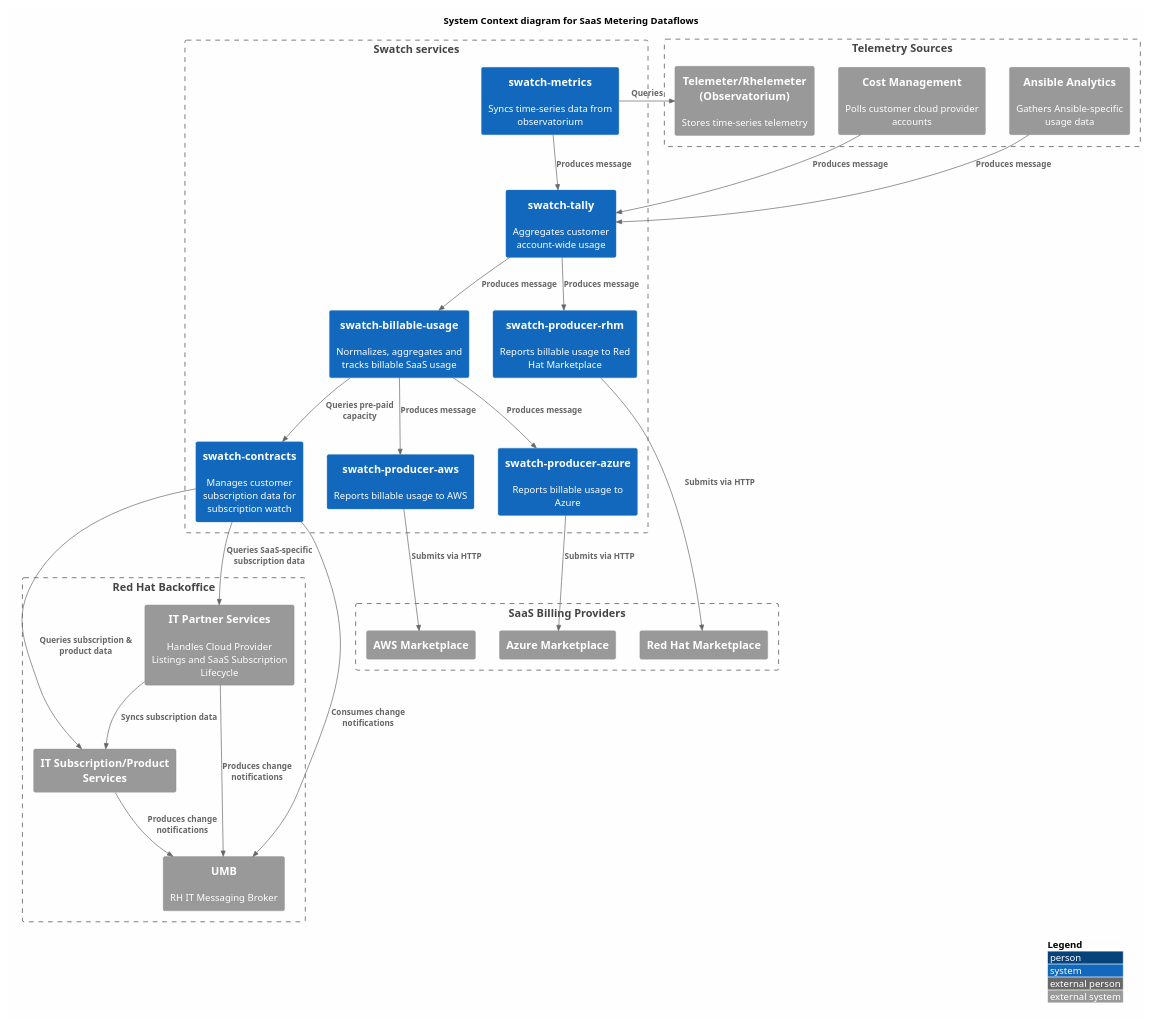
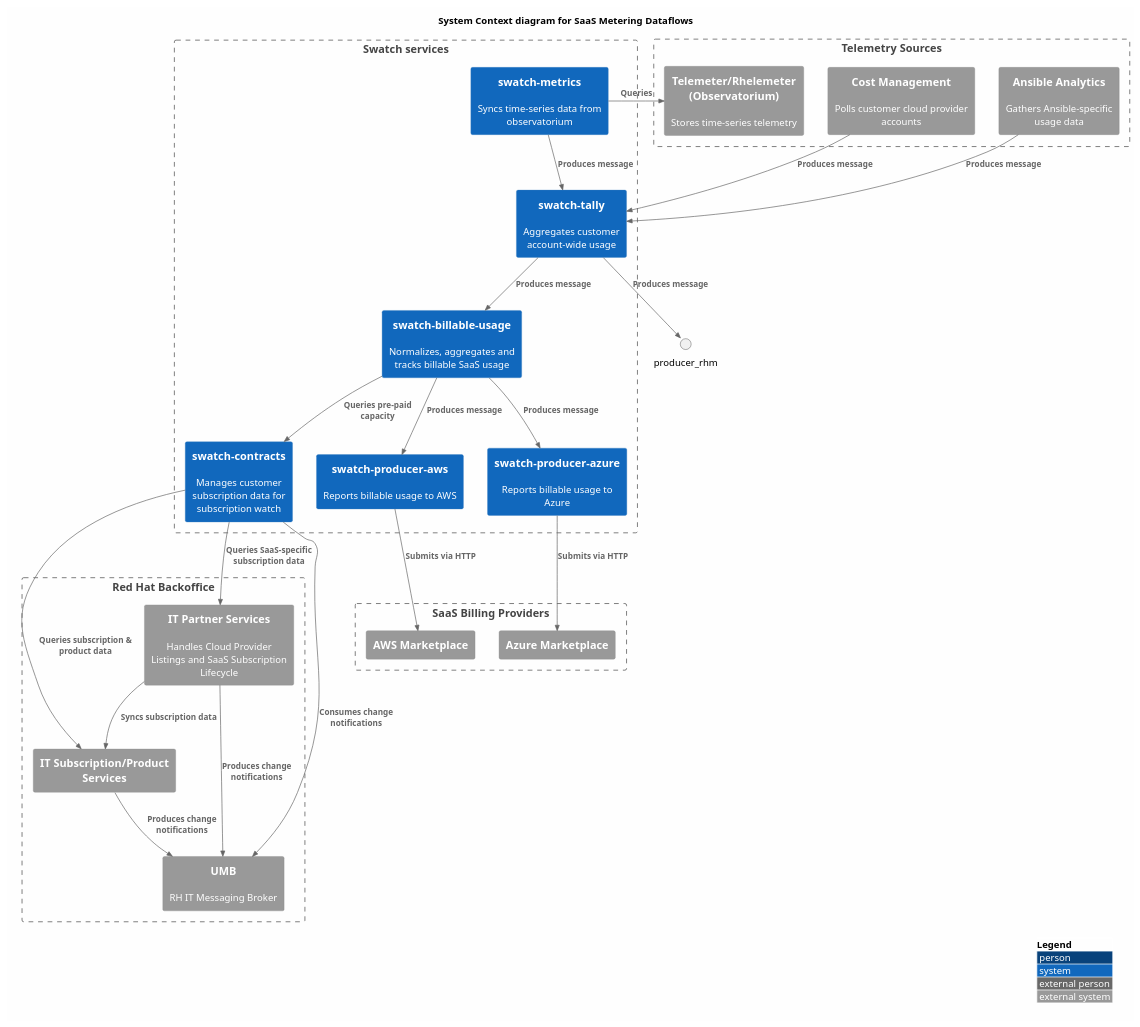
The diagram in docs/payg-flow-context.puml (RedHatInsights/rhsm-subscriptions), drawn with PlantUML before and after one commit. The commit also changed 37 other files, not shown here.

Commit message:
SWATCH-3597: Remove redhat marketplace integration from the code base

```diff
--- a/docs/payg-flow-context.puml
+++ b/docs/payg-flow-context.puml
@@ -1,58 +1,55 @@
 @startuml
 !include <C4/C4_Context>
 
 ' see https://forum.plantuml.net/8356/white-backgrounds-are-rendered-transparent-in-svg
 skinparam backgroundColor #FEFEFE
 
 LAYOUT_WITH_LEGEND()
 'LAYOUT_LEFT_RIGHT()
 
 title System Context diagram for SaaS Metering Dataflows
 
 Boundary(backoffice, "Red Hat Backoffice") {
   System_Ext(subprod, "IT Subscription/Product Services")
   System_Ext(umb, "UMB", "RH IT Messaging Broker")
   System_Ext(partnergw, "IT Partner Services", "Handles Cloud Provider Listings and SaaS Subscription Lifecycle")
 }
 
 Boundary(telemetry, "Telemetry Sources") {
   System_Ext(observatorium, "Telemeter/Rhelemeter (Observatorium)", "Stores time-series telemetry")
   System_Ext(cost, "Cost Management", "Polls customer cloud provider accounts")
   System_Ext(ansible, "Ansible Analytics", "Gathers Ansible-specific usage data")
 }
 Boundary(swatch, "Swatch services") {
   System(contracts, "swatch-contracts", "Manages customer subscription data for subscription watch")
   System(metrics, "swatch-metrics", "Syncs time-series data from observatorium")
   System(tally, "swatch-tally", "Aggregates customer account-wide usage")
   System(billable_usage, "swatch-billable-usage", "Normalizes, aggregates and tracks billable SaaS usage")
   System(producer_aws, "swatch-producer-aws", "Reports billable usage to AWS")
   System(producer_azure, "swatch-producer-azure", "Reports billable usage to Azure")
-  System(producer_rhm, "swatch-producer-rhm", "Reports billable usage to Red Hat Marketplace")
 }
 
 Boundary(cloud_providers, "SaaS Billing Providers") {
   System_Ext(aws, "AWS Marketplace")
   System_Ext(azure, "Azure Marketplace")
-  System_Ext(rhm, "Red Hat Marketplace")
 }
 
 Rel(metrics, observatorium, "Queries")
 Rel(metrics, tally, "Produces message")
 Rel(cost, tally, "Produces message")
 Rel(ansible, tally, "Produces message")
 Rel(partnergw, subprod, "Syncs subscription data")
 Rel(partnergw, umb, "Produces change notifications")
 Rel(subprod, umb, "Produces change notifications")
 Rel(contracts, umb, "Consumes change notifications")
 Rel(contracts, subprod, "Queries subscription & product data")
 Rel(contracts, partnergw, "Queries SaaS-specific subscription data")
 Rel(tally, billable_usage, "Produces message")
 Rel(billable_usage, producer_aws, "Produces message")
 Rel(billable_usage, producer_azure, "Produces message")
 Rel(billable_usage, contracts, "Queries pre-paid capacity")
 Rel(tally, producer_rhm, "Produces message")
 Rel(producer_aws, aws, "Submits via HTTP")
 Rel(producer_azure, azure, "Submits via HTTP")
-Rel(producer_rhm, rhm, "Submits via HTTP")
 
 @enduml
```
